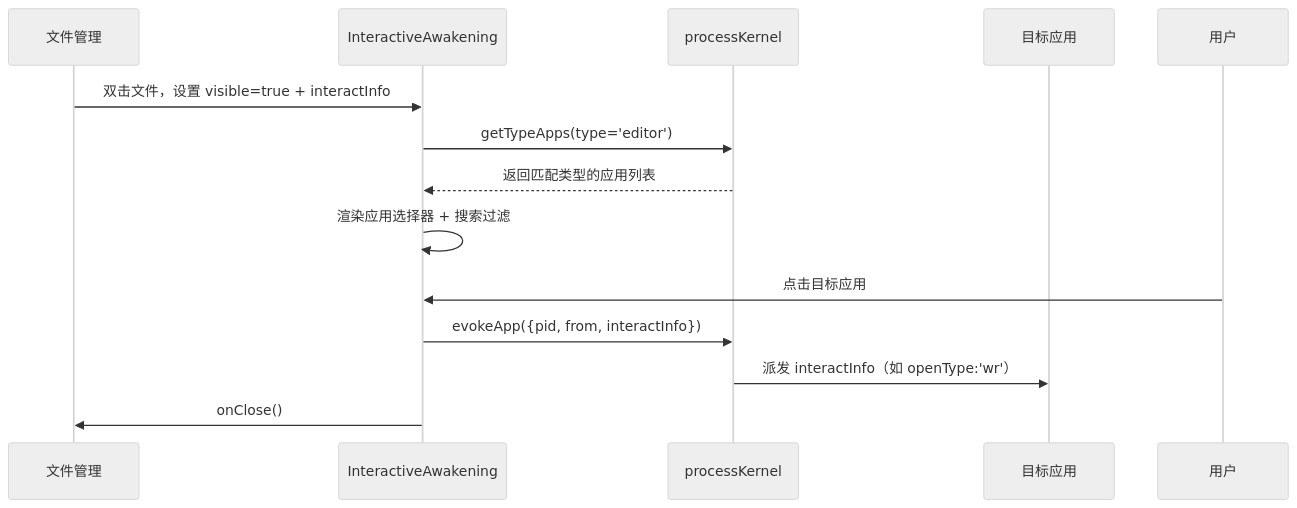
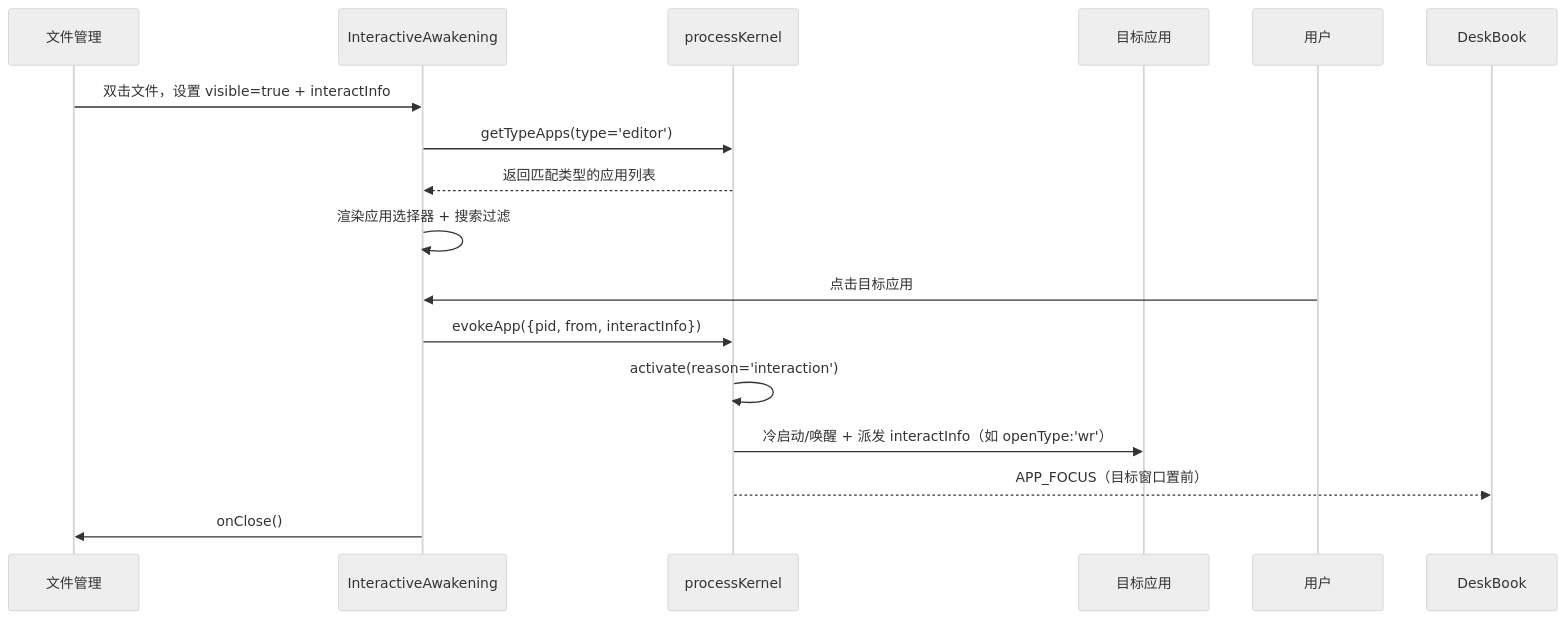
Before and after one commit to suluwanqing/sukinOS: the third of 5 diagrams in docs/module/03-resources.md, drawn with Mermaid (neutral theme). The commit also changed other lines of this file and 104 other files, not shown here.

````diff
--- a/docs/module/03-resources.md
+++ b/docs/module/03-resources.md
@@ -434,16 +449,18 @@
 ```mermaid
 sequenceDiagram
     participant FS as 文件管理
     participant IA as InteractiveAwakening
     participant Kernel as processKernel
     participant Target as 目标应用
 
     FS->>IA: 双击文件，设置 visible=true + interactInfo
     IA->>Kernel: getTypeApps(type='editor')
     Kernel-->>IA: 返回匹配类型的应用列表
     IA->>IA: 渲染应用选择器 + 搜索过滤
     用户->>IA: 点击目标应用
     IA->>Kernel: evokeApp({pid, from, interactInfo})
-    Kernel->>Target: 派发 interactInfo（如 openType:'wr'）
+    Kernel->>Kernel: activate(reason='interaction')
+    Kernel->>Target: 冷启动/唤醒 + 派发 interactInfo（如 openType:'wr'）
+    Kernel-->>DeskBook: APP_FOCUS（目标窗口置前）
     IA->>FS: onClose()
 ```
````
